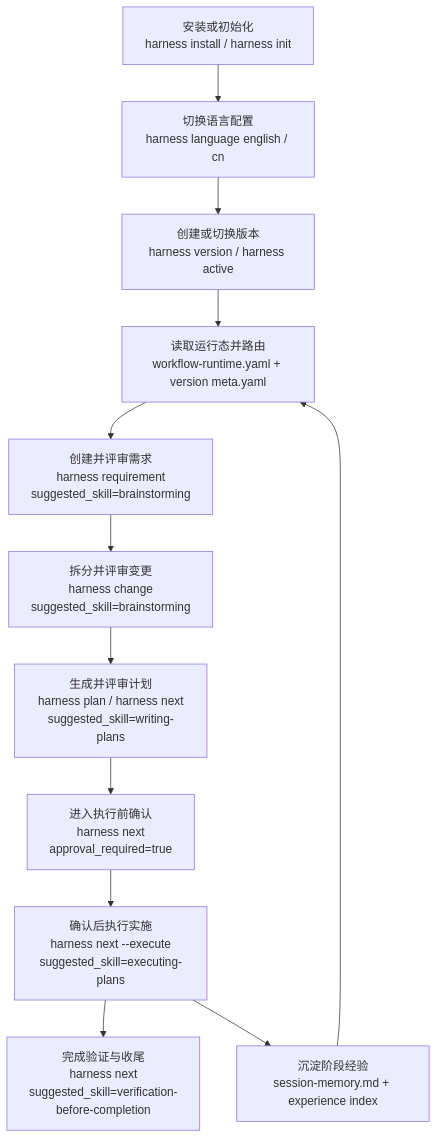
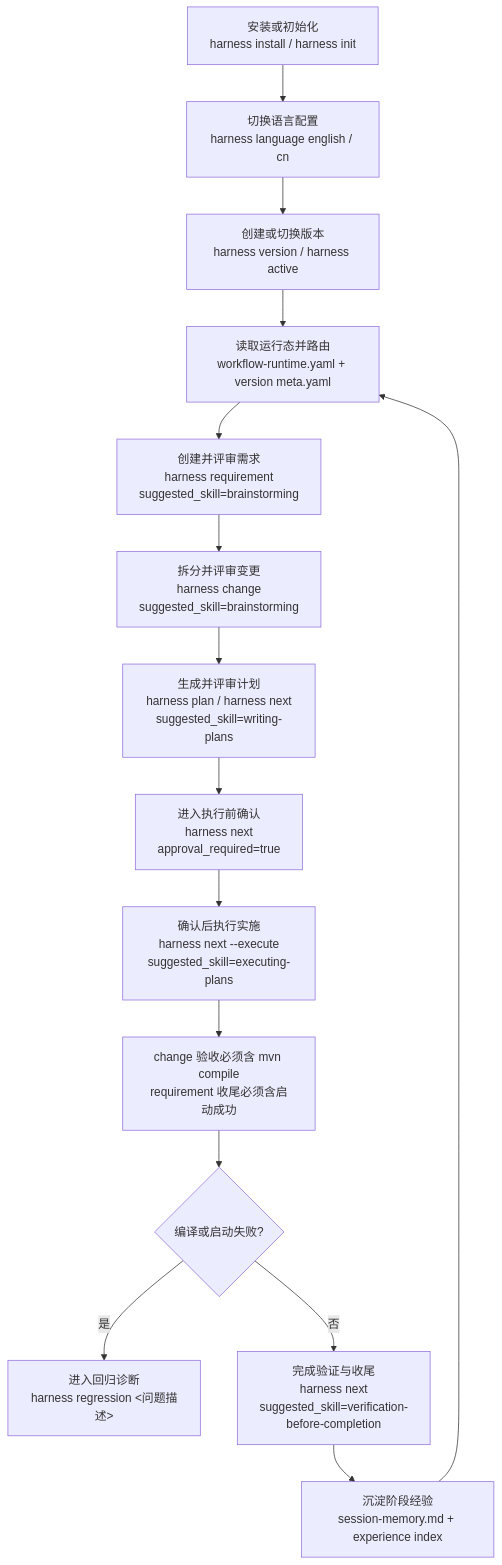
The first of 4 diagrams in README.md (togally/harness-workflow), drawn with Mermaid before and after one commit. The commit also changed other lines of this file and 25 other files, not shown here.

````diff
--- a/README.md
+++ b/README.md
@@ -269,14 +283,17 @@
 ```mermaid
 flowchart TD
     A["安装或初始化<br/>harness install / harness init"] --> B["切换语言配置<br/>harness language english / cn"]
     B --> C["创建或切换版本<br/>harness version / harness active"]
     C --> D["读取运行态并路由<br/>workflow-runtime.yaml + version meta.yaml"]
     D --> E["创建并评审需求<br/>harness requirement<br/>suggested_skill=brainstorming"]
     E --> F["拆分并评审变更<br/>harness change<br/>suggested_skill=brainstorming"]
     F --> G["生成并评审计划<br/>harness plan / harness next<br/>suggested_skill=writing-plans"]
     G --> H["进入执行前确认<br/>harness next<br/>approval_required=true"]
     H --> I["确认后执行实施<br/>harness next --execute<br/>suggested_skill=executing-plans"]
-    I --> J["完成验证与收尾<br/>harness next<br/>suggested_skill=verification-before-completion"]
-    I --> K["沉淀阶段经验<br/>session-memory.md + experience index"]
-    K --> D
+    I --> J["change 验收必须含 mvn compile<br/>requirement 收尾必须含启动成功"]
+    J --> K{"编译或启动失败?"}
+    K -->|是| L["进入回归诊断<br/>harness regression <问题描述>"]
+    K -->|否| M["完成验证与收尾<br/>harness next<br/>suggested_skill=verification-before-completion"]
+    M --> N["沉淀阶段经验<br/>session-memory.md + experience index"]
+    N --> D
 ```
````
